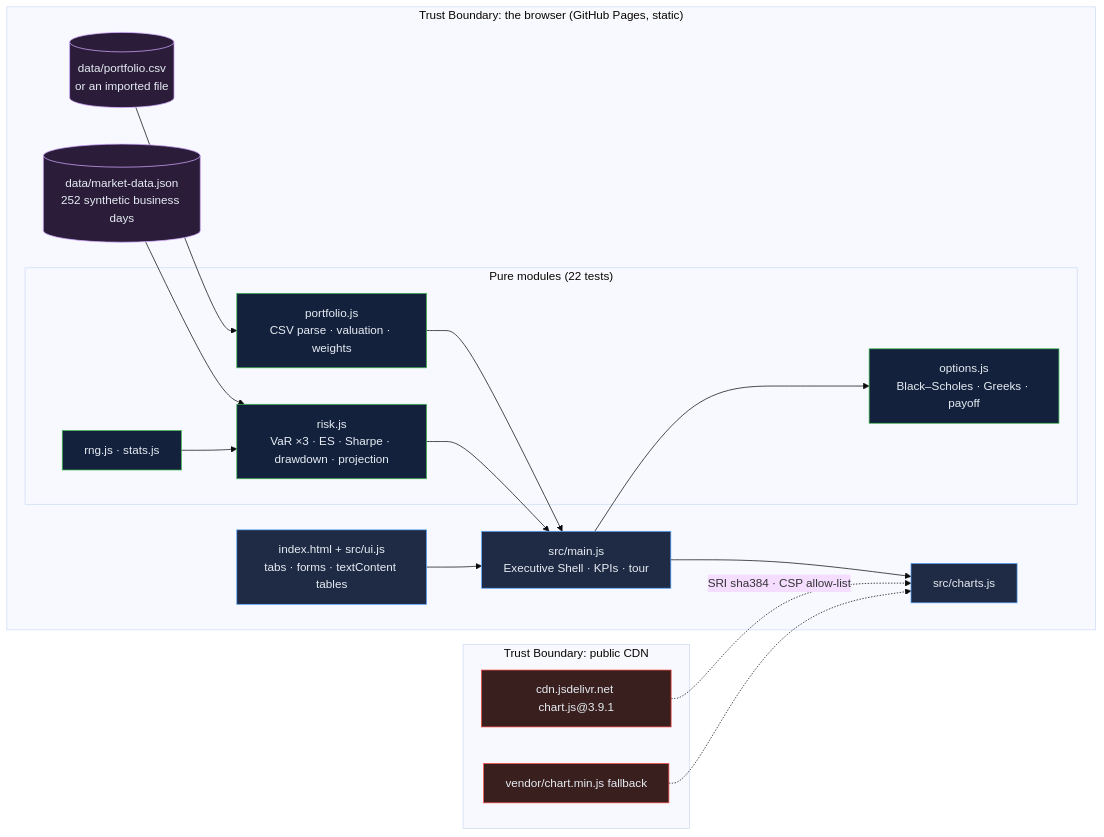
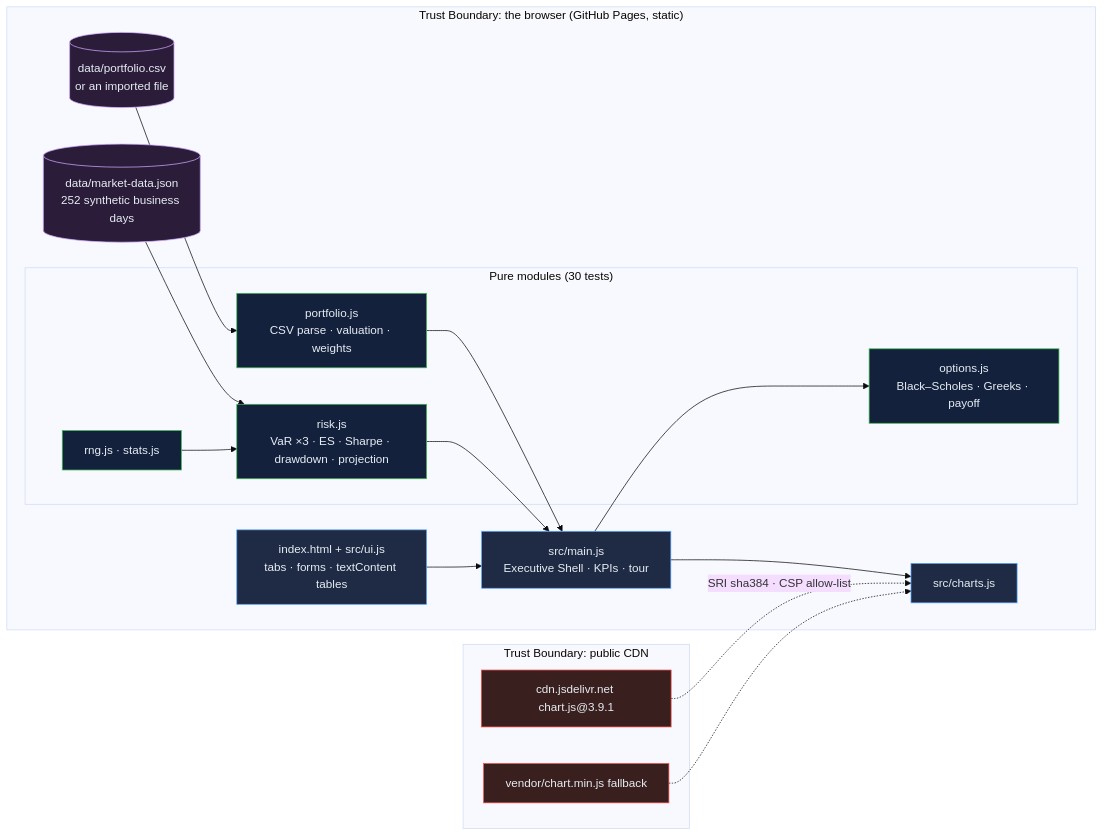
One commit to Freddricklogan/fintech-risk-analytics changed the diagram in README.md. Above: the diagram before and after it, drawn with Mermaid (base theme). The commit also changed 5 other files, not shown here.

````diff
--- a/README.md
+++ b/README.md
@@ -56,31 +56,31 @@
 ```mermaid
 flowchart LR
   subgraph TB1["Trust Boundary: the browser (GitHub Pages, static)"]
     CSV[("data/portfolio.csv<br/>or an imported file")]:::data
     MKT[("data/market-data.json<br/>252 synthetic business days")]:::data
     UI["index.html + src/ui.js<br/>tabs · forms · textContent tables"]:::client
     MAIN["src/main.js<br/>Executive Shell · KPIs · tour"]:::client
-    subgraph PURE["Pure modules (22 tests)"]
+    subgraph PURE["Pure modules (30 tests)"]
       PF["portfolio.js<br/>CSV parse · valuation · weights"]:::service
       RK["risk.js<br/>VaR ×3 · ES · Sharpe · drawdown · projection"]:::service
       OP["options.js<br/>Black–Scholes · Greeks · payoff"]:::service
       RNG["rng.js · stats.js"]:::service
     end
     VIZ["src/charts.js"]:::client
   end
   subgraph TB2["Trust Boundary: public CDN"]
     CDN["cdn.jsdelivr.net chart.js@3.9.1"]:::security
     VEND["vendor/chart.min.js fallback"]:::security
   end
   CSV --> PF --> MAIN
   MKT --> RK --> MAIN
   UI --> MAIN --> OP
   RNG --> RK
   MAIN --> VIZ
   CDN -.->|"SRI sha384 · CSP allow-list"| VIZ
   VEND -.-> VIZ
   classDef client fill:#1f2a44,stroke:#58A6FF,color:#e6edf3
   classDef service fill:#14213d,stroke:#3fb950,color:#e6edf3
   classDef data fill:#2b1d3a,stroke:#d2a8ff,color:#e6edf3
   classDef security fill:#3a1f1f,stroke:#f85149,color:#e6edf3
 ```
````
